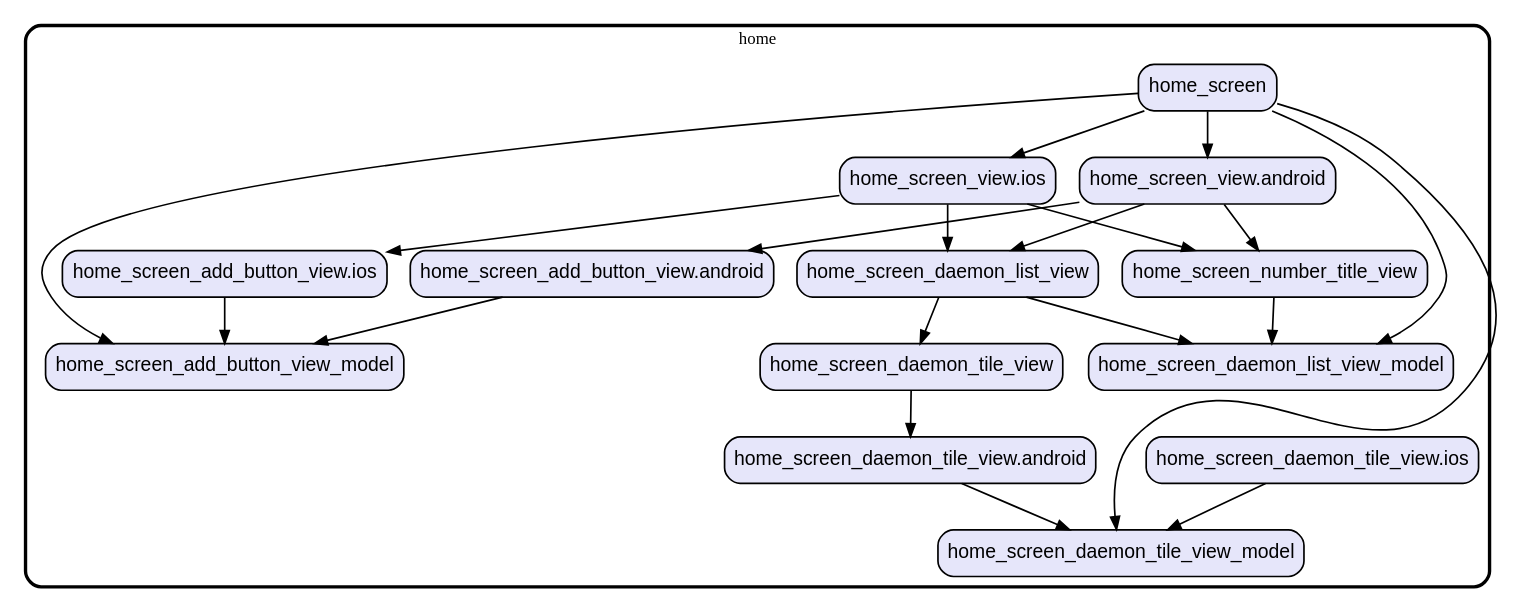
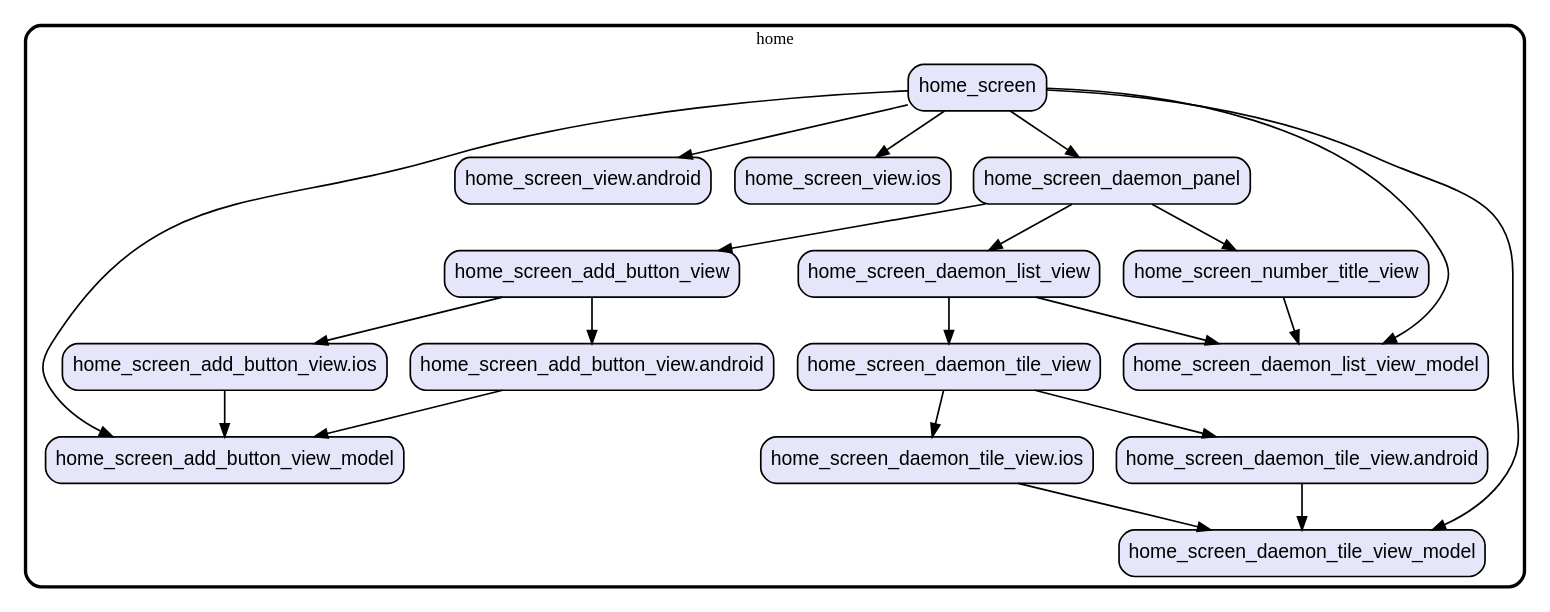
One commit to gev/reacthome-mobile changed the diagram in graph/lib/ui/screens/home.dot. Above: the diagram before and after it, drawn with Graphviz. The commit also changed 4 other files, not shown here.

Commit message:
update dependencies graph

```diff
--- a/graph/lib/ui/screens/home.dot
+++ b/graph/lib/ui/screens/home.dot
@@ -1,53 +1,58 @@
 digraph "" {
   graph [style=rounded fontname="Arial Black" fontsize=13 penwidth=2.6];
   node [shape=rect style="filled,rounded" fontname=Arial fontsize=15 fillcolor=Lavender penwidth=1.3];
   edge [penwidth=1.3];
   "/home_screen_daemon_tile_view.ios.dart" [label="home_screen_daemon_tile_view.ios"];
   "/home_screen_number_title_view.dart" [label="home_screen_number_title_view"];
+  "/home_screen_add_button_view.dart" [label="home_screen_add_button_view"];
   "/home_screen_add_button_view_model.dart" [label="home_screen_add_button_view_model"];
   "/home_screen_add_button_view.android.dart" [label="home_screen_add_button_view.android"];
   "/home_screen_view.android.dart" [label="home_screen_view.android"];
   "/home_screen_view.ios.dart" [label="home_screen_view.ios"];
   "/home_screen_daemon_tile_view_model.dart" [label="home_screen_daemon_tile_view_model"];
+  "/home_screen_daemon_panel.dart" [label="home_screen_daemon_panel"];
   "/home_screen_daemon_list_view_model.dart" [label="home_screen_daemon_list_view_model"];
   "/home_screen_daemon_tile_view.android.dart" [label="home_screen_daemon_tile_view.android"];
   "/home_screen_daemon_list_view.dart" [label="home_screen_daemon_list_view"];
   "/home_screen.dart" [label="home_screen"];
   "/home_screen_add_button_view.ios.dart" [label="home_screen_add_button_view.ios"];
   "/home_screen_daemon_tile_view.dart" [label="home_screen_daemon_tile_view"];
   subgraph "cluster~" {
     label="home";
     "/home_screen_daemon_tile_view.ios.dart";
     "/home_screen_number_title_view.dart";
+    "/home_screen_add_button_view.dart";
     "/home_screen_add_button_view_model.dart";
     "/home_screen_add_button_view.android.dart";
     "/home_screen_view.android.dart";
     "/home_screen_view.ios.dart";
     "/home_screen_daemon_tile_view_model.dart";
+    "/home_screen_daemon_panel.dart";
     "/home_screen_daemon_list_view_model.dart";
     "/home_screen_daemon_tile_view.android.dart";
     "/home_screen_daemon_list_view.dart";
     "/home_screen.dart";
     "/home_screen_add_button_view.ios.dart";
     "/home_screen_daemon_tile_view.dart";
   }
   "/home_screen_daemon_tile_view.ios.dart" -> "/home_screen_daemon_tile_view_model.dart";
   "/home_screen_number_title_view.dart" -> "/home_screen_daemon_list_view_model.dart";
+  "/home_screen_add_button_view.dart" -> "/home_screen_add_button_view.android.dart";
+  "/home_screen_add_button_view.dart" -> "/home_screen_add_button_view.ios.dart";
   "/home_screen_add_button_view.android.dart" -> "/home_screen_add_button_view_model.dart";
-  "/home_screen_view.android.dart" -> "/home_screen_add_button_view.android.dart";
-  "/home_screen_view.android.dart" -> "/home_screen_daemon_list_view.dart";
-  "/home_screen_view.android.dart" -> "/home_screen_number_title_view.dart";
-  "/home_screen_view.ios.dart" -> "/home_screen_add_button_view.ios.dart";
-  "/home_screen_view.ios.dart" -> "/home_screen_daemon_list_view.dart";
-  "/home_screen_view.ios.dart" -> "/home_screen_number_title_view.dart";
+  "/home_screen_daemon_panel.dart" -> "/home_screen_add_button_view.dart";
+  "/home_screen_daemon_panel.dart" -> "/home_screen_daemon_list_view.dart";
+  "/home_screen_daemon_panel.dart" -> "/home_screen_number_title_view.dart";
   "/home_screen_daemon_tile_view.android.dart" -> "/home_screen_daemon_tile_view_model.dart";
   "/home_screen_daemon_list_view.dart" -> "/home_screen_daemon_list_view_model.dart";
   "/home_screen_daemon_list_view.dart" -> "/home_screen_daemon_tile_view.dart";
   "/home_screen.dart" -> "/home_screen_add_button_view_model.dart";
   "/home_screen.dart" -> "/home_screen_daemon_list_view_model.dart";
+  "/home_screen.dart" -> "/home_screen_daemon_panel.dart";
   "/home_screen.dart" -> "/home_screen_daemon_tile_view_model.dart";
   "/home_screen.dart" -> "/home_screen_view.android.dart";
   "/home_screen.dart" -> "/home_screen_view.ios.dart";
   "/home_screen_add_button_view.ios.dart" -> "/home_screen_add_button_view_model.dart";
   "/home_screen_daemon_tile_view.dart" -> "/home_screen_daemon_tile_view.android.dart";
+  "/home_screen_daemon_tile_view.dart" -> "/home_screen_daemon_tile_view.ios.dart";
 }
```
